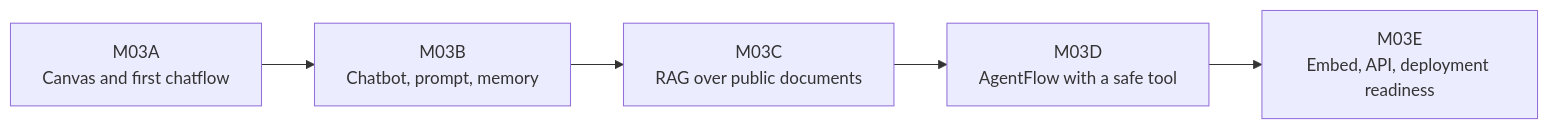
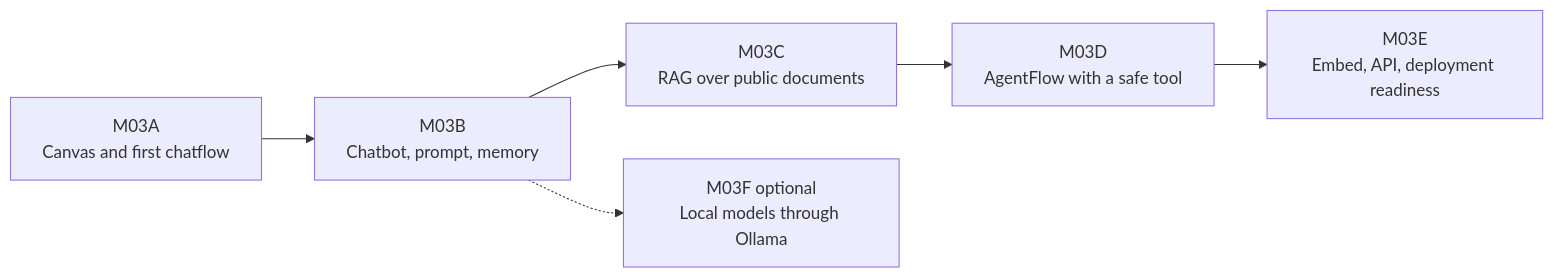
The fourth of 4 diagrams in M03-Context-Orchestration/Flowise/M03X-Flowise-Environment-Setup.md (tulip-lab/agentic-AI-lab), drawn with Mermaid before and after one commit. The commit also changed other lines of this file and 6 other files, not shown here.

Commit message:
docs(m03): add optional Ollama Flowise lab

````diff
--- a/M03-Context-Orchestration/Flowise/M03X-Flowise-Environment-Setup.md
+++ b/M03-Context-Orchestration/Flowise/M03X-Flowise-Environment-Setup.md
@@ -272,7 +273,8 @@
 ```mermaid
 flowchart LR
     A["M03A<br/>Canvas and first chatflow"] --> B["M03B<br/>Chatbot, prompt, memory"]
     B --> C["M03C<br/>RAG over public documents"]
     C --> D["M03D<br/>AgentFlow with a safe tool"]
     D --> E["M03E<br/>Embed, API, deployment readiness"]
+    B -.-> F["M03F optional<br/>Local models through Ollama"]
 ```
````
